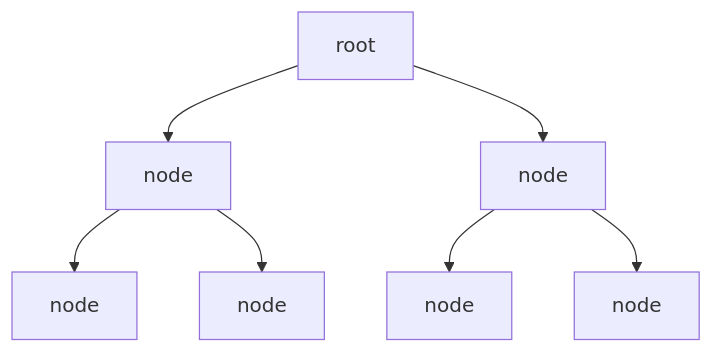
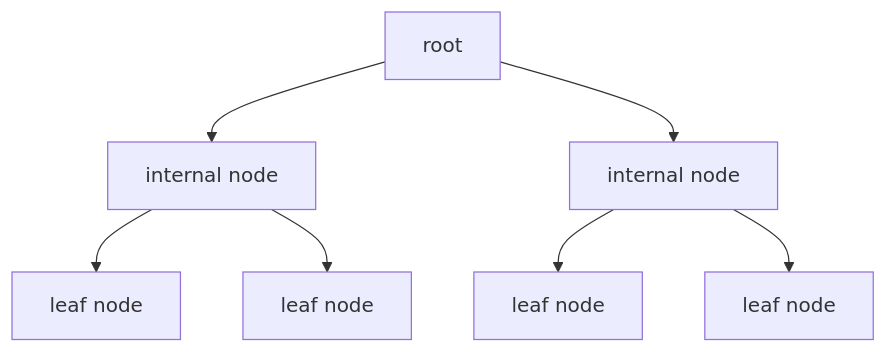
Before and after one commit to Consensys/doc.linea: the first of 2 diagrams in docs/protocol/architecture/state-manager.mdx, drawn with Mermaid. The commit also changed other lines of this file and 1 other file, not shown here.

Commit message:
minor edits

````diff
--- a/docs/protocol/architecture/state-manager.mdx
+++ b/docs/protocol/architecture/state-manager.mdx
@@ -58,6 +58,6 @@
     ```mermaid
         flowchart TD
-            A[root] --> B[node] & C[node]
-            B --> D[node] & E[node]
-            C --> F[node] & G[node]
+            A[root] --> B[internal node] & C[internal node]
+            B --> D[leaf node] & E[leaf node]
+            C --> F[leaf node] & G[leaf node]
     ```
````
